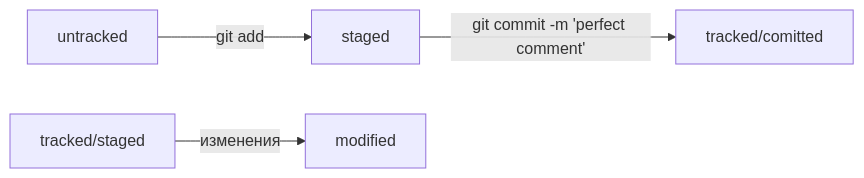
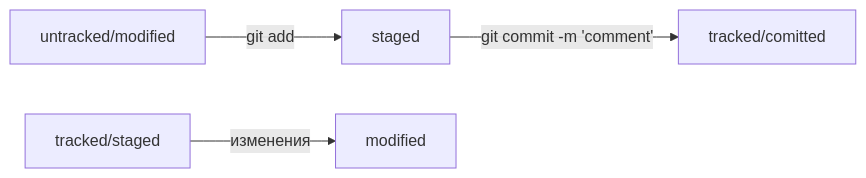
Before and after one commit to vssafronov/first-practice: the diagram in README.md, drawn with Mermaid.

Commit message:
README.md: fix git files status scheme

````diff
--- a/README.md
+++ b/README.md
@@ -92,6 +92,6 @@
 ```mermaid
 graph LR;
-  untracked -- "git add <file>" --> staged;
-  staged    -- "git commit -m 'perfect comment'" --> tracked/comitted;
+  untracked/modified -- "git add <file>" --> staged;
+  staged    -- "git commit -m 'comment'" --> tracked/comitted;
   tracked/staged -- "изменения" --> modified
 ``` 
````
